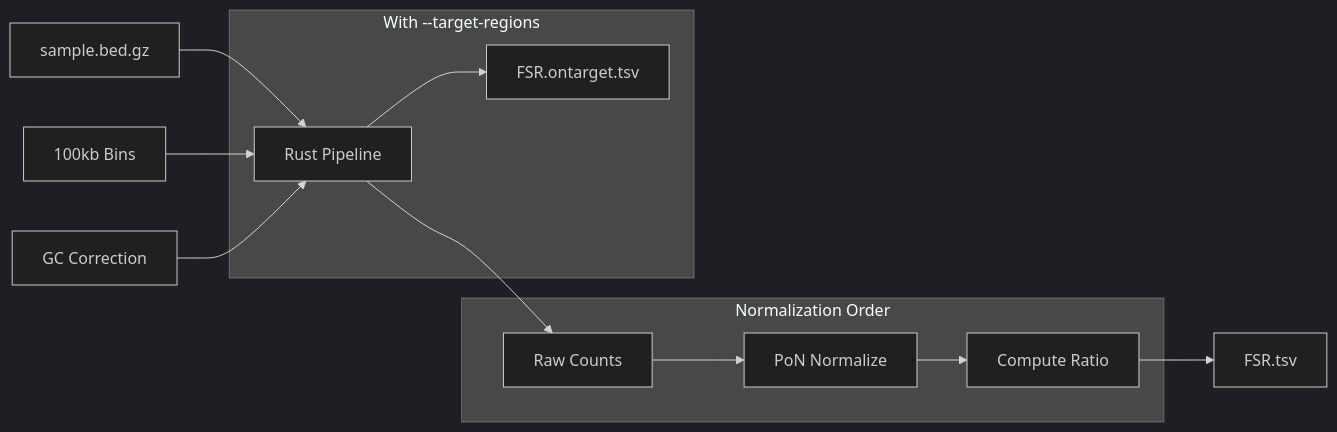
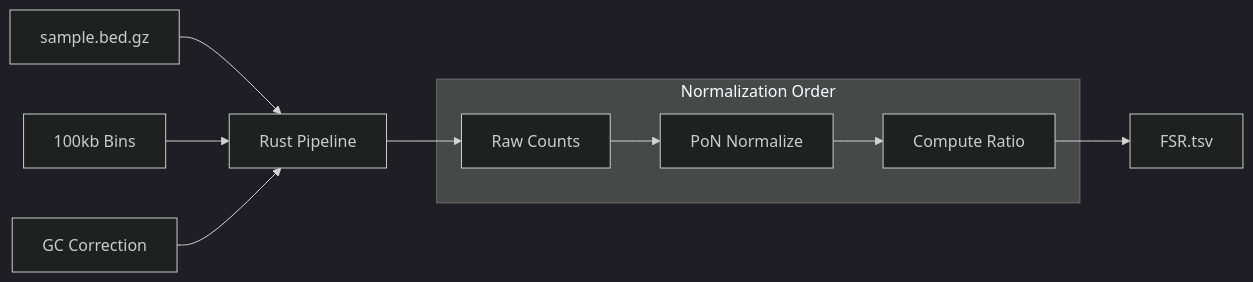
The first of 3 diagrams in docs/features/core/fsr.md (msk-access/krewlyzer), drawn with Mermaid (dark theme) before and after one commit. The commit also changed other lines of this file and 115 other files, not shown here.

````diff
--- a/docs/features/core/fsr.md
+++ b/docs/features/core/fsr.md
@@ -20,19 +20,15 @@
 ```mermaid
 flowchart LR
     BED["sample.bed.gz"] --> RUST["Rust Pipeline"]
     BINS["100kb Bins"] --> RUST
     GC["GC Correction"] --> RUST
     
     RUST --> COUNTS["Raw Counts"]
     
     subgraph "Normalization Order"
         COUNTS --> NORM["PoN Normalize"]
         NORM --> RATIO["Compute Ratio"]
     end
     
     RATIO --> FSR["FSR.tsv"]
-    
-    subgraph "With --target-regions"
-        RUST --> FSR_ON["FSR.ontarget.tsv"]
-    end
 ```
````
